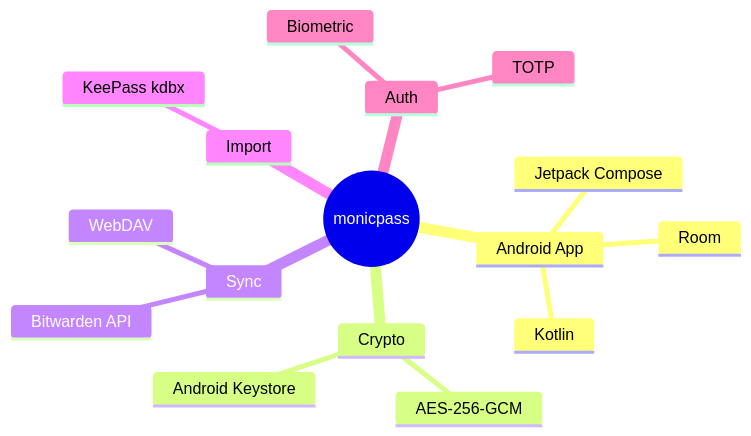
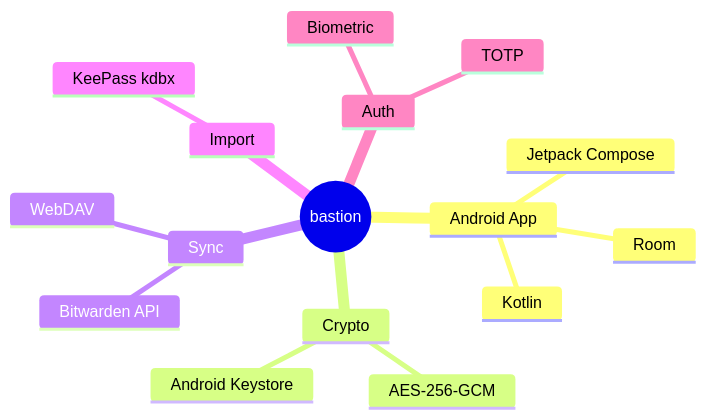
One commit to Chaniug/bastion changed the second of 2 diagrams in README.md. Above: the diagram before and after it, drawn with Mermaid. The commit also changed other lines of this file and 2967 other files, not shown here.

````diff
--- a/README.md
+++ b/README.md
@@ -88,19 +88,19 @@
 ```mermaid
 mindmap
-  root((monicpass))
+  root((bastion))
     Android App
       Kotlin
       Jetpack Compose
       Room
     Crypto
       AES-256-GCM
       Android Keystore
     Sync
       WebDAV
       Bitwarden API
     Import
       KeePass kdbx
     Auth
       TOTP
       Biometric
 ```
````
